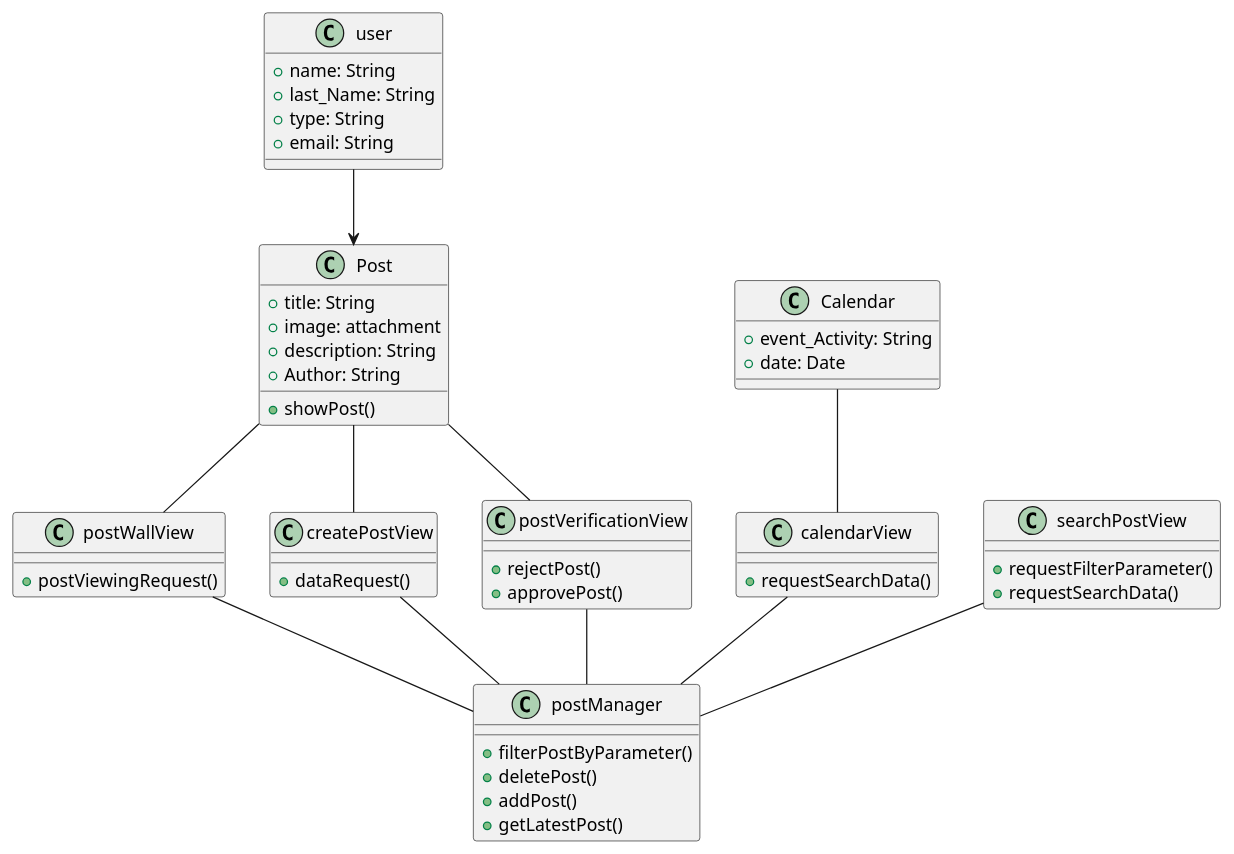
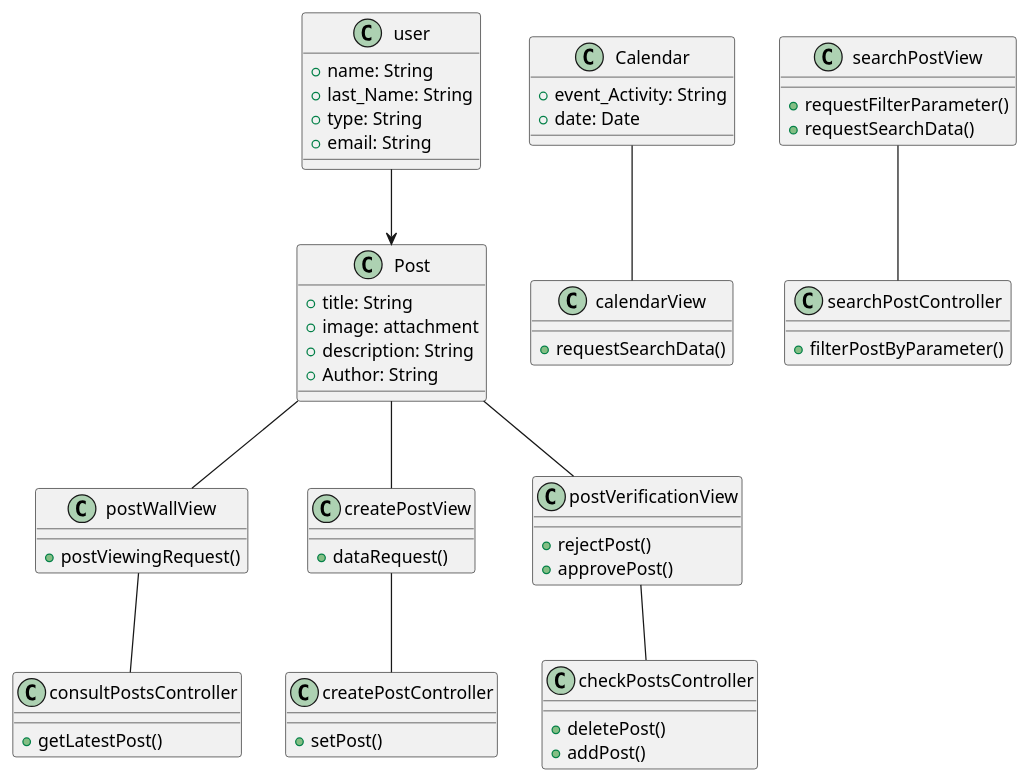
Before and after one commit to Dayannis-07/ING_SOFT: the diagram in docs/scenariosView/AnalysisClassDiagram.plantuml, drawn with PlantUML. The commit also changed 24 other files, not shown here.

Commit message:
corrections collaboration & analysisClassDiagram

```diff
--- a/docs/scenariosView/AnalysisClassDiagram.plantuml
+++ b/docs/scenariosView/AnalysisClassDiagram.plantuml
@@ -1,53 +1,58 @@
 @startuml classDiagram
 class user{
  +name: String
     +last_Name: String
     +type: String
     +email: String
 }
 class Post{
  +title: String
     +image: attachment
     +description: String
     + Author: String
-    + showPost()
 }
 class Calendar{
     +event_Activity: String
     +date: Date
 }
 class postWallView{
   +postViewingRequest()
 }
 class createPostView{
  +dataRequest()
 }
-class postManager{
-+filterPostByParameter()
+class checkPostsController{
 +deletePost()
 +addPost()
+}
+class createPostController{
+  +setPost()
+}
+class consultPostsController{
 + getLatestPost()
+}
+class searchPostController{
++filterPostByParameter()
 }
 class postVerificationView{
 +rejectPost()
 +approvePost()
 }
 class calendarView{
 +requestSearchData()
 }
 class searchPostView{
   +requestFilterParameter()
   +requestSearchData()
 }
 
 Post--postWallView
 Post-- postVerificationView
 Post-- createPostView
 Calendar--calendarView
-postWallView--postManager
-createPostView--postManager
-postVerificationView--postManager
-calendarView--postManager
-searchPostView--postManager
+postWallView--consultPostsController
+createPostView--createPostController
+postVerificationView--checkPostsController
+searchPostView--searchPostController
 user-->Post
 @enduml
```
